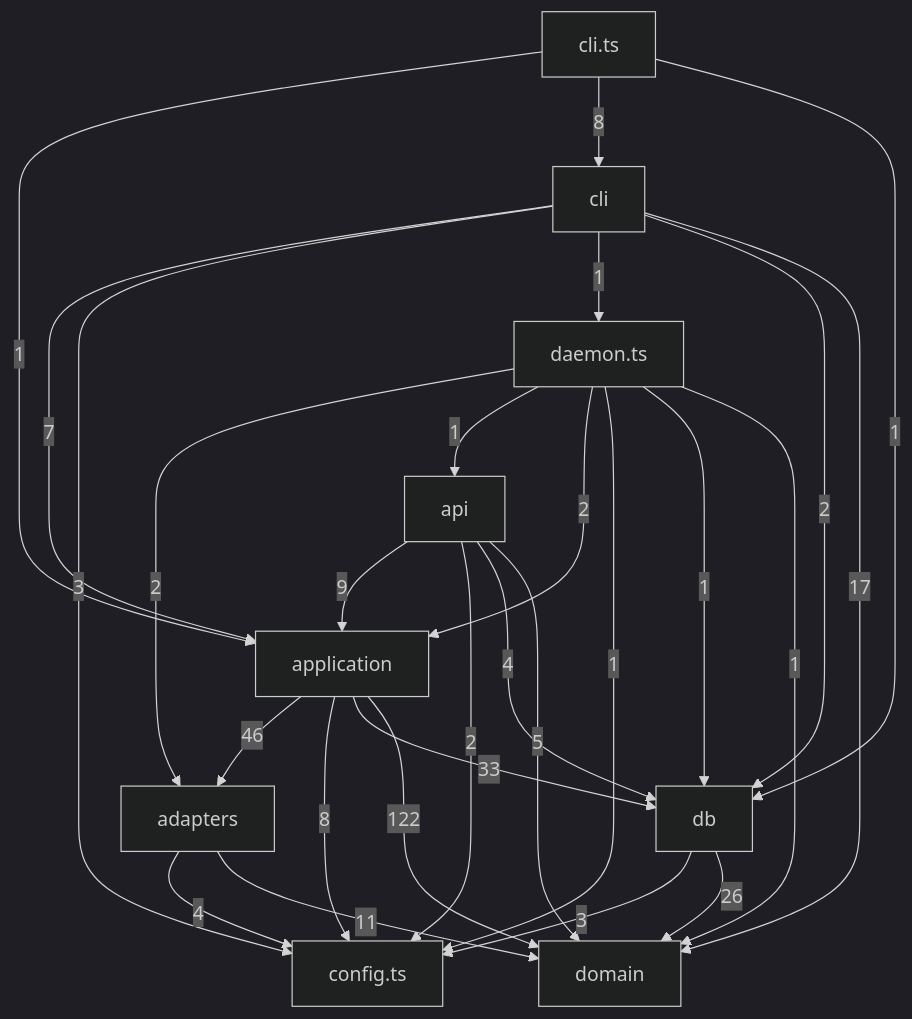
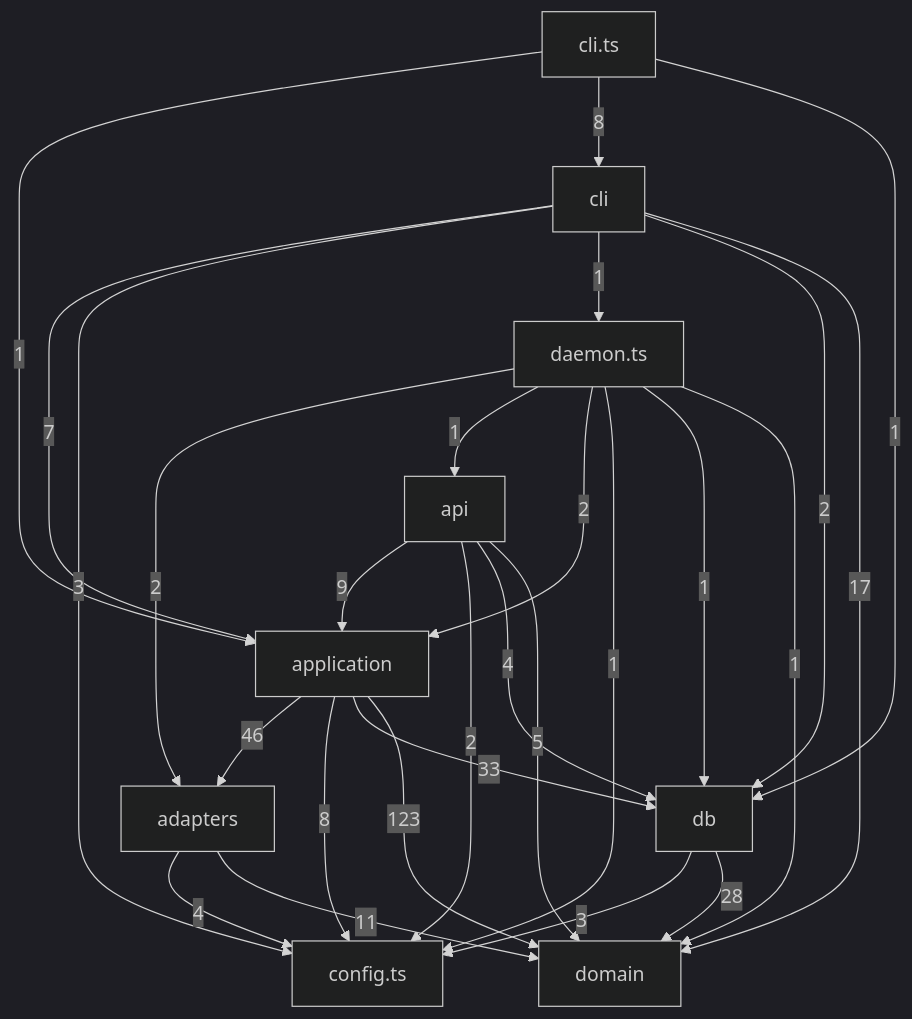
One commit to tomrobdev/agentdeck changed the third of 5 diagrams in docs/architecture.md. Above: the diagram before and after it, drawn with Mermaid (dark theme). The commit also changed 12 other files, not shown here.

````diff
--- a/docs/architecture.md
+++ b/docs/architecture.md
@@ -105,38 +105,38 @@
 ```mermaid
 flowchart TD
   adapters["adapters"]
   api["api"]
   application["application"]
   cli["cli"]
   cli_ts["cli.ts"]
   config_ts["config.ts"]
   daemon_ts["daemon.ts"]
   db["db"]
   domain["domain"]
   adapters -->|4| config_ts
   adapters -->|11| domain
   api -->|9| application
   api -->|2| config_ts
   api -->|4| db
   api -->|5| domain
   application -->|46| adapters
   application -->|8| config_ts
   application -->|33| db
-  application -->|122| domain
+  application -->|123| domain
   cli_ts -->|1| application
   cli_ts -->|8| cli
   cli_ts -->|1| db
   cli -->|7| application
   cli -->|3| config_ts
   cli -->|1| daemon_ts
   cli -->|2| db
   cli -->|17| domain
   daemon_ts -->|2| adapters
   daemon_ts -->|1| api
   daemon_ts -->|2| application
   daemon_ts -->|1| config_ts
   daemon_ts -->|1| db
   daemon_ts -->|1| domain
   db -->|3| config_ts
-  db -->|26| domain
+  db -->|28| domain
 ```
````
